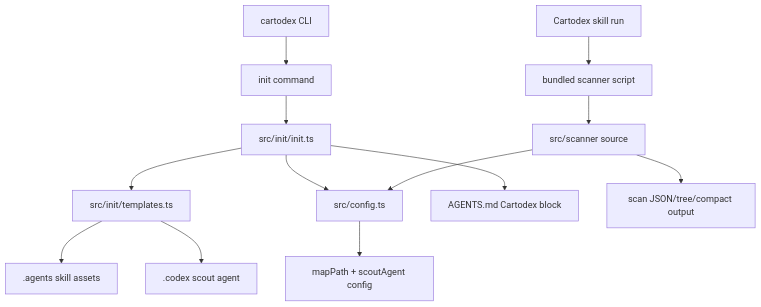
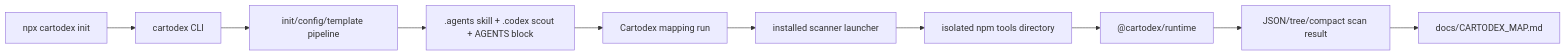
One commit to igorTT/cartographer-codex changed the diagram in docs/CARTODEX_MAP.md. Above: the diagram before and after it, drawn with Mermaid. The commit also changed other lines of this file and 10 other files, not shown here.

````diff
--- a/docs/CARTODEX_MAP.md
+++ b/docs/CARTODEX_MAP.md
@@ -17,15 +17,12 @@
 ```mermaid
-flowchart TD
-  A["cartodex CLI"] --> B["init command"]
-  B --> C["src/init/init.ts"]
-  C --> D["src/init/templates.ts"]
-  C --> E["src/config.ts"]
-  C --> F["AGENTS.md Cartodex block"]
-  D --> G[".agents skill assets"]
-  D --> H[".codex scout agent"]
-  E --> M["mapPath + scoutAgent config"]
-  I["Cartodex skill run"] --> J["bundled scanner script"]
-  J --> K["src/scanner source"]
-  K --> E
-  K --> L["scan JSON/tree/compact output"]
+flowchart LR
+  U["npx cartodex init"] --> CLI["cartodex CLI"]
+  CLI --> INIT["init/config/template pipeline"]
+  INIT --> ASSETS[".agents skill + .codex scout + AGENTS block"]
+  ASSETS --> SKILL["Cartodex mapping run"]
+  SKILL --> LAUNCHER["installed scanner launcher"]
+  LAUNCHER --> TOOLS["isolated npm tools directory"]
+  TOOLS --> RUNTIME["@cartodex/runtime"]
+  RUNTIME --> RESULT["JSON/tree/compact scan result"]
+  RESULT --> MAP["docs/CARTODEX_MAP.md"]
 ```
````
